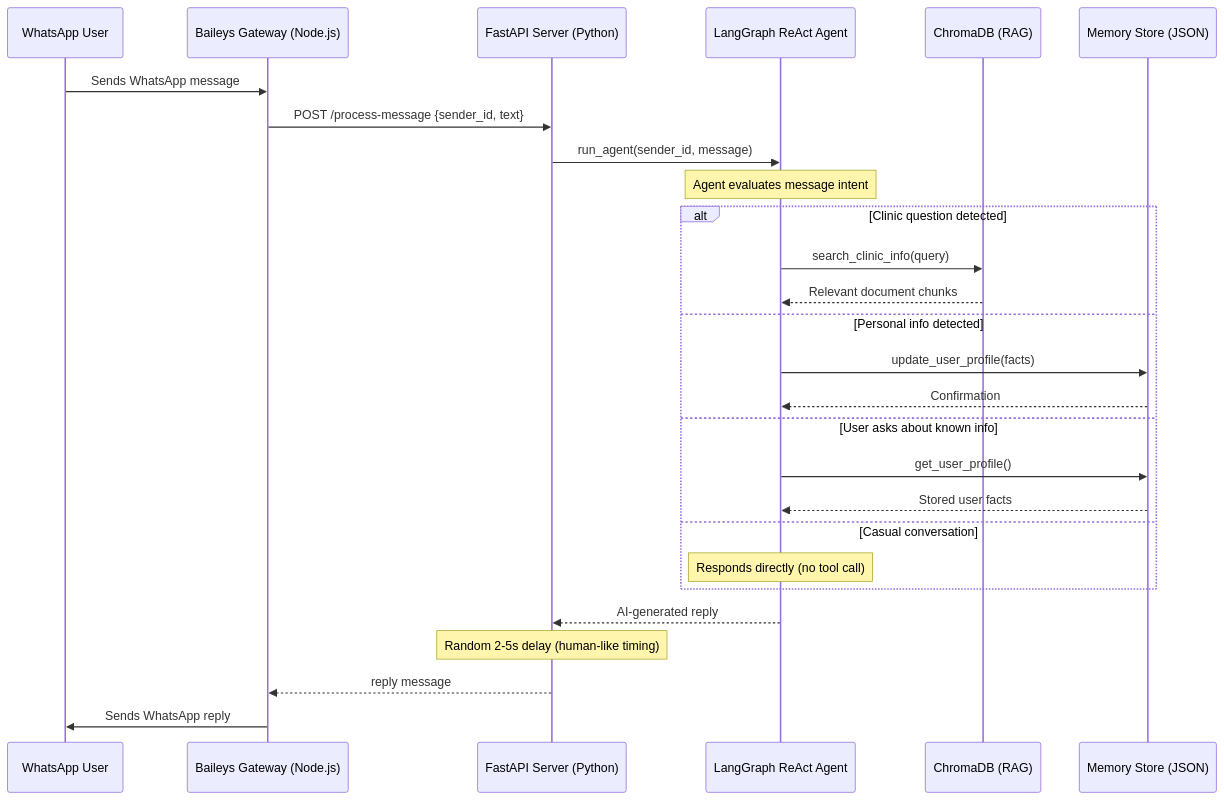
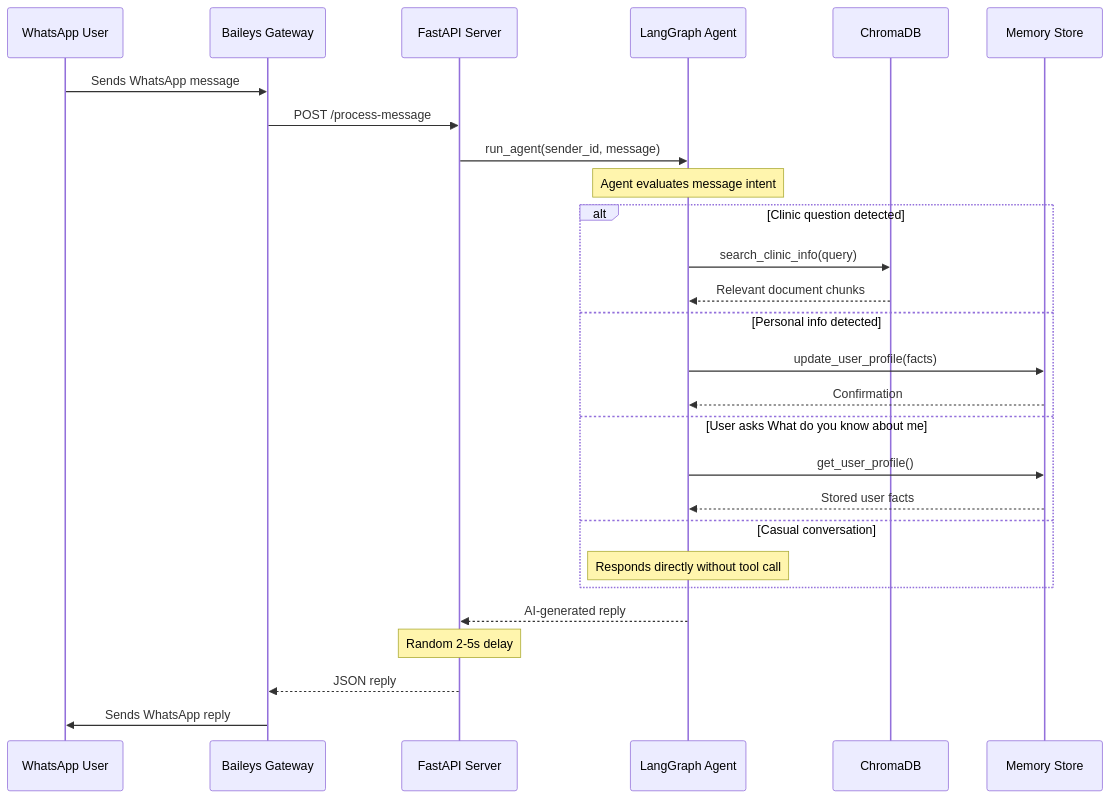
Before and after one commit to NoumanZahid-85/clinic-whatsapp-ai-agent: the diagram in README.md, drawn with Mermaid. The commit also changed other lines of this file, not shown here.

````diff
--- a/README.md
+++ b/README.md
@@ -103,33 +102,33 @@
 ```mermaid
 sequenceDiagram
     participant U as WhatsApp User
-    participant B as Baileys Gateway (Node.js)
-    participant F as FastAPI Server (Python)
-    participant A as LangGraph ReAct Agent
-    participant R as ChromaDB (RAG)
-    participant M as Memory Store (JSON)
+    participant B as Baileys Gateway
+    participant F as FastAPI Server
+    participant A as LangGraph Agent
+    participant R as ChromaDB
+    participant M as Memory Store
 
     U->>B: Sends WhatsApp message
-    B->>F: POST /process-message {sender_id, text}
+    B->>F: POST /process-message
     F->>A: run_agent(sender_id, message)
 
     Note over A: Agent evaluates message intent
 
     alt Clinic question detected
         A->>R: search_clinic_info(query)
         R-->>A: Relevant document chunks
     else Personal info detected
         A->>M: update_user_profile(facts)
         M-->>A: Confirmation
-    else User asks about known info
+    else User asks What do you know about me
         A->>M: get_user_profile()
         M-->>A: Stored user facts
     else Casual conversation
-        Note over A: Responds directly (no tool call)
+        Note over A: Responds directly without tool call
     end
 
     A-->>F: AI-generated reply
-    Note over F: Random 2-5s delay (human-like timing)
-    F-->>B: reply message
+    Note over F: Random 2-5s delay
+    F-->>B: JSON reply
     B->>U: Sends WhatsApp reply
 ```
````
